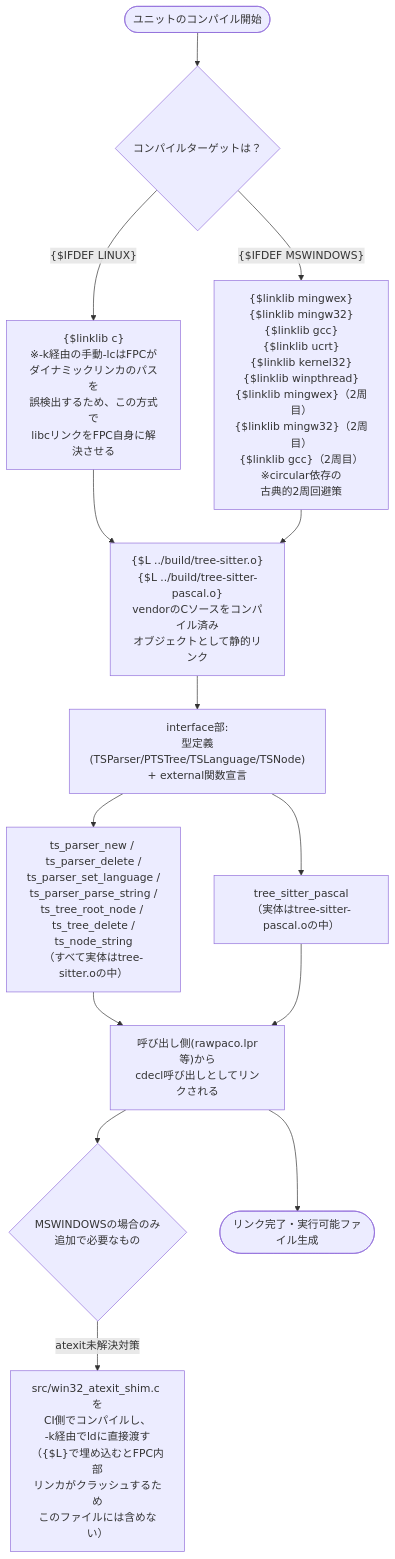
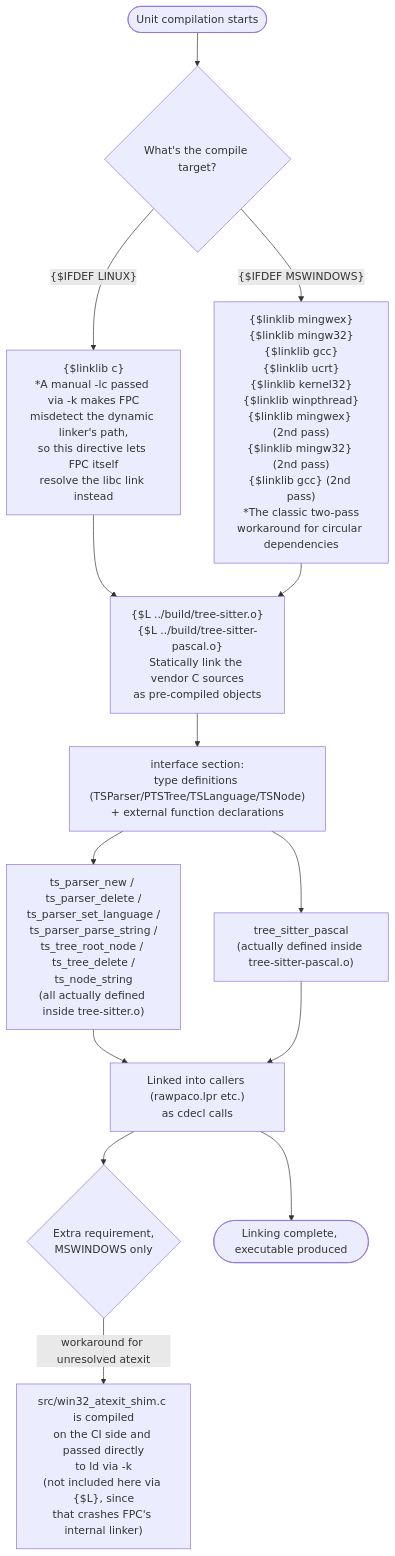
Before and after one commit to tankoha/rawpaco: the diagram in docs/flows/tsbindings_pas.md, drawn with Mermaid. The commit also changed other lines of this file and 10 other files, not shown here.

First line of the commit message:
Make English the canonical language for design/flow docs

````diff
--- a/docs/flows/tsbindings_pas.md
+++ b/docs/flows/tsbindings_pas.md
@@ -5,27 +7,27 @@
 ```mermaid
 flowchart TD
-    Start(["ユニットのコンパイル開始"]) --> Target{"コンパイルターゲットは？"}
+    Start(["Unit compilation starts"]) --> Target{"What's the compile target?"}
 
-    Target -->|"{$IFDEF LINUX}"| LinuxBranch["{$linklib c}\n※-k経由の手動-lcはFPCが\nダイナミックリンカのパスを\n誤検出するため、この方式で\nlibcリンクをFPC自身に解決させる"]
+    Target -->|"{$IFDEF LINUX}"| LinuxBranch["{$linklib c}\n*A manual -lc passed via -k makes FPC\nmisdetect the dynamic linker's path,\nso this directive lets FPC itself\nresolve the libc link instead"]
 
-    Target -->|"{$IFDEF MSWINDOWS}"| WinBranch["{$linklib mingwex}\n{$linklib mingw32}\n{$linklib gcc}\n{$linklib ucrt}\n{$linklib kernel32}\n{$linklib winpthread}\n{$linklib mingwex}（2周目）\n{$linklib mingw32}（2周目）\n{$linklib gcc}（2周目）\n※circular依存の\n古典的2周回避策"]
+    Target -->|"{$IFDEF MSWINDOWS}"| WinBranch["{$linklib mingwex}\n{$linklib mingw32}\n{$linklib gcc}\n{$linklib ucrt}\n{$linklib kernel32}\n{$linklib winpthread}\n{$linklib mingwex} (2nd pass)\n{$linklib mingw32} (2nd pass)\n{$linklib gcc} (2nd pass)\n*The classic two-pass\nworkaround for circular dependencies"]
 
     LinuxBranch --> EmbedObjs
     WinBranch --> EmbedObjs
 
-    EmbedObjs["{$L ../build/tree-sitter.o}\n{$L ../build/tree-sitter-pascal.o}\nvendorのCソースをコンパイル済み\nオブジェクトとして静的リンク"]
+    EmbedObjs["{$L ../build/tree-sitter.o}\n{$L ../build/tree-sitter-pascal.o}\nStatically link the vendor C sources\nas pre-compiled objects"]
 
-    EmbedObjs --> Interface["interface部:\n型定義(TSParser/PTSTree/TSLanguage/TSNode)\n+ external関数宣言"]
+    EmbedObjs --> Interface["interface section:\ntype definitions (TSParser/PTSTree/TSLanguage/TSNode)\n+ external function declarations"]
 
-    Interface --> ExtFns["ts_parser_new / ts_parser_delete /\nts_parser_set_language /\nts_parser_parse_string /\nts_tree_root_node / ts_tree_delete /\nts_node_string\n（すべて実体はtree-sitter.oの中）"]
+    Interface --> ExtFns["ts_parser_new / ts_parser_delete /\nts_parser_set_language /\nts_parser_parse_string /\nts_tree_root_node / ts_tree_delete /\nts_node_string\n(all actually defined inside tree-sitter.o)"]
 
-    Interface --> ExtLang["tree_sitter_pascal\n（実体はtree-sitter-pascal.oの中）"]
+    Interface --> ExtLang["tree_sitter_pascal\n(actually defined inside tree-sitter-pascal.o)"]
 
-    ExtFns --> Consumers["呼び出し側(rawpaco.lpr等)から\ncdecl呼び出しとしてリンクされる"]
+    ExtFns --> Consumers["Linked into callers (rawpaco.lpr etc.)\nas cdecl calls"]
     ExtLang --> Consumers
 
-    Consumers --> WinShim{"MSWINDOWSの場合のみ\n追加で必要なもの"}
-    WinShim -->|"atexit未解決対策"| ShimNote["src/win32_atexit_shim.c を\nCI側でコンパイルし、\n-k経由でldに直接渡す\n（{$L}で埋め込むとFPC内部\nリンカがクラッシュするため\nこのファイルには含めない）"]
+    Consumers --> WinShim{"Extra requirement,\nMSWINDOWS only"}
+    WinShim -->|"workaround for unresolved atexit"| ShimNote["src/win32_atexit_shim.c is compiled\non the CI side and passed directly\nto ld via -k\n(not included here via {$L}, since\nthat crashes FPC's internal linker)"]
 
-    Consumers --> End(["リンク完了・実行可能ファイル生成"])
+    Consumers --> End(["Linking complete, executable produced"])
 ```
````
